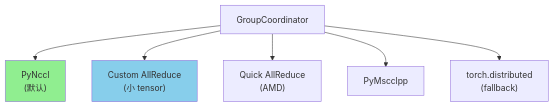
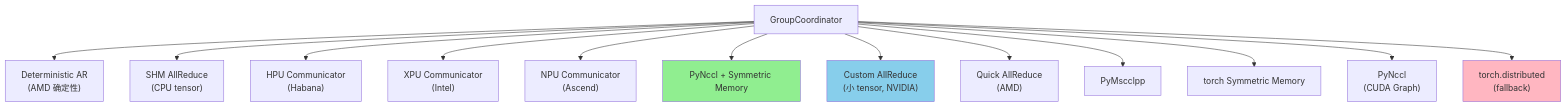
One commit to wesleyck/AIInfraNotes changed the third of 9 diagrams in SGLang/13-parallel-strategies.md. Above: the diagram before and after it, drawn with Mermaid. The commit also changed other lines of this file and 26 other files, not shown here.

````diff
--- a/SGLang/13-parallel-strategies.md
+++ b/SGLang/13-parallel-strategies.md
@@ -142,11 +164,19 @@
 ```mermaid
 graph TD
-    GC["GroupCoordinator"] --> NCCL["PyNccl<br/>(默认)"]
-    GC --> CA["Custom AllReduce<br/>(小 tensor)"]
+    GC["GroupCoordinator"] --> DET["Deterministic AR<br/>(AMD 确定性)"]
+    GC --> SHM["SHM AllReduce<br/>(CPU tensor)"]
+    GC --> HPU["HPU Communicator<br/>(Habana)"]
+    GC --> XPU["XPU Communicator<br/>(Intel)"]
+    GC --> NPU["NPU Communicator<br/>(Ascend)"]
+    GC --> SYMM["PyNccl + Symmetric Memory"]
+    GC --> CA["Custom AllReduce<br/>(小 tensor, NVIDIA)"]
     GC --> QR["Quick AllReduce<br/>(AMD)"]
     GC --> MSCCLPP["PyMscclpp"]
+    GC --> TSYMM["torch Symmetric Memory"]
+    GC --> NCCL["PyNccl<br/>(CUDA Graph)"]
     GC --> TORCH["torch.distributed<br/>(fallback)"]
-    
-    style NCCL fill:#90EE90
+
+    style SYMM fill:#90EE90
     style CA fill:#87CEEB
+    style TORCH fill:#FFB6C1
 ```
````
